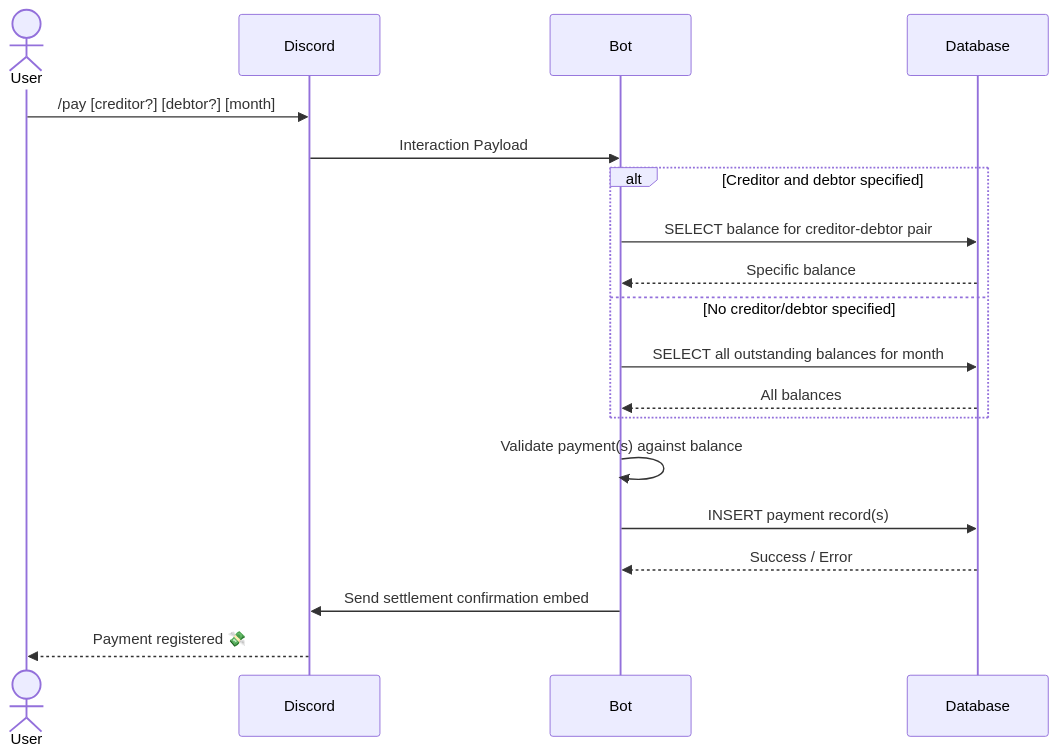
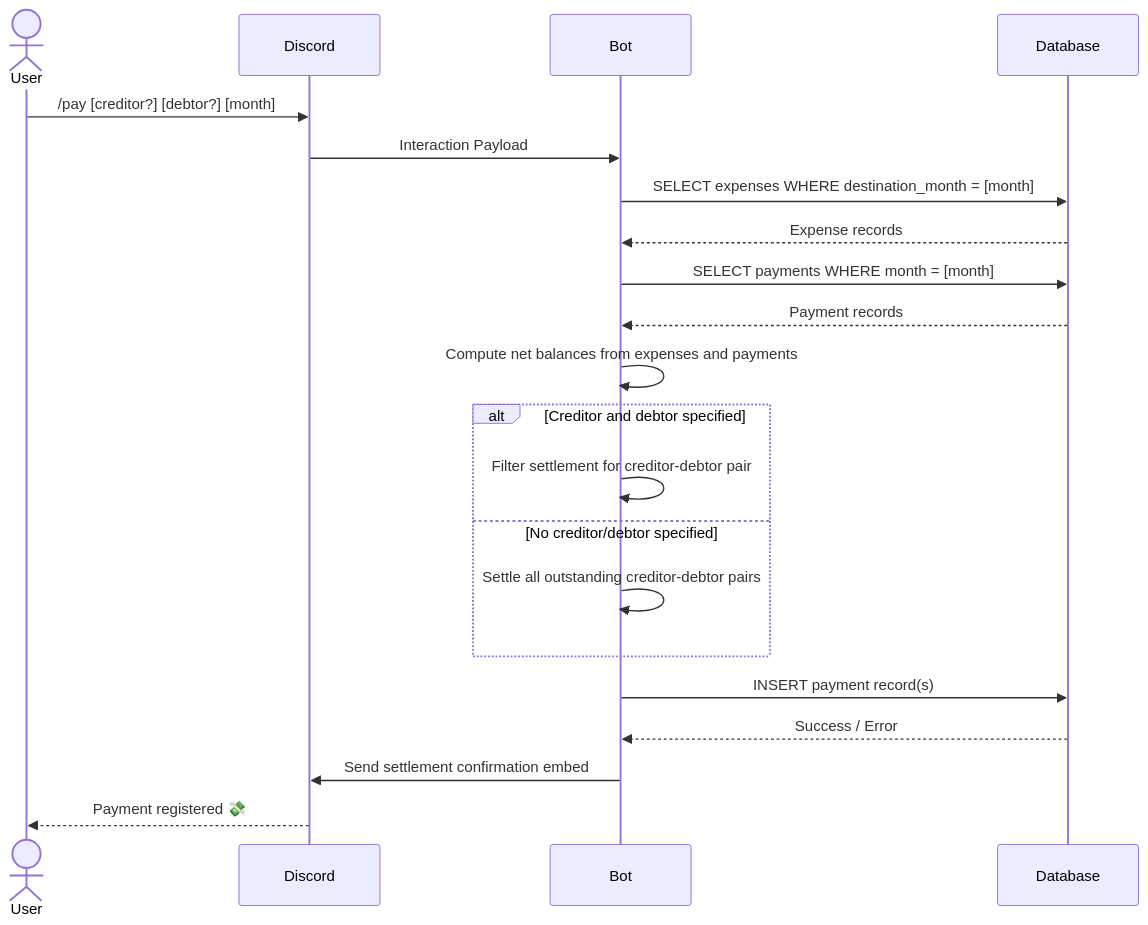
Before and after one commit to IgorEmerick/discord-financial-management: the fifth of 5 diagrams in project-definition.md, drawn with Mermaid. The commit also changed other lines of this file, not shown here.

Commit message:
docs: fix /pay sequence diagram to compute balances in-memory

````diff
--- a/project-definition.md
+++ b/project-definition.md
@@ -192,22 +192,24 @@
 ```mermaid
 sequenceDiagram
     actor User
     participant Discord
     participant Bot
     participant Database
 
     User->>Discord: /pay [creditor?] [debtor?] [month]
     Discord->>Bot: Interaction Payload
+    Bot->>Database: SELECT expenses WHERE destination_month = [month]
+    Database-->>Bot: Expense records
+    Bot->>Database: SELECT payments WHERE month = [month]
+    Database-->>Bot: Payment records
+    Bot->>Bot: Compute net balances from expenses and payments
     alt Creditor and debtor specified
-        Bot->>Database: SELECT balance for creditor-debtor pair
-        Database-->>Bot: Specific balance
+        Bot->>Bot: Filter settlement for creditor-debtor pair
     else No creditor/debtor specified
-        Bot->>Database: SELECT all outstanding balances for month
-        Database-->>Bot: All balances
+        Bot->>Bot: Settle all outstanding creditor-debtor pairs
     end
-    Bot->>Bot: Validate payment(s) against balance
     Bot->>Database: INSERT payment record(s)
     Database-->>Bot: Success / Error
     Bot->>Discord: Send settlement confirmation embed
     Discord-->>User: Payment registered 💸
 ```
````
